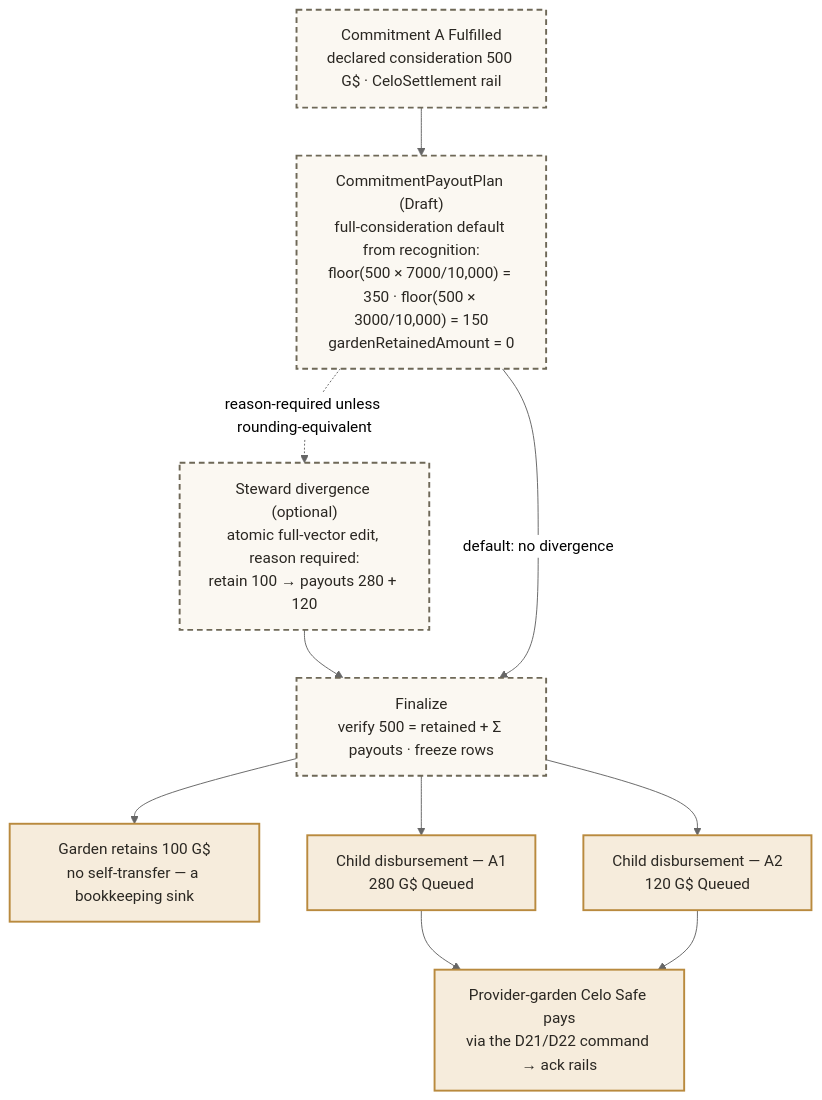
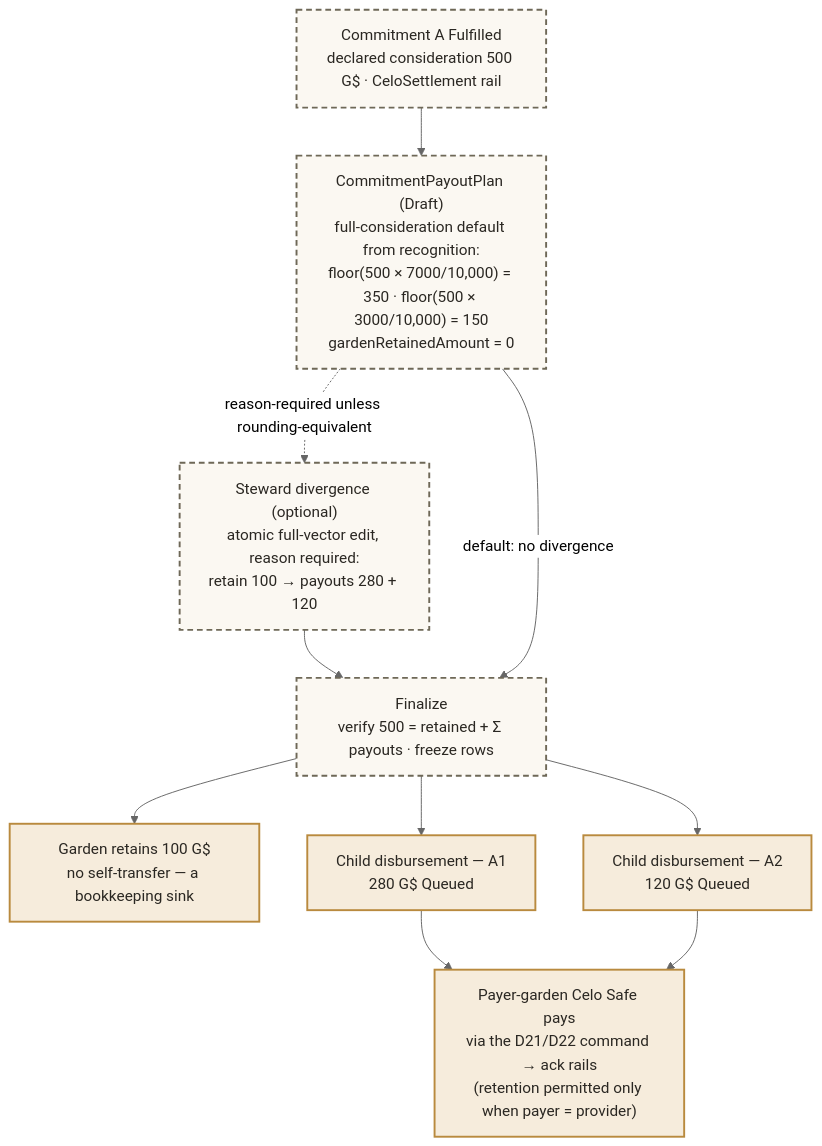
Before and after one commit to greenpill-dev-guild/green-goods: diagram 21 of 43 in .plans/active/commitment-pooling/diagrams.md, drawn with Mermaid (neutral theme). The commit also changed other lines of this file and 6 other files, not shown here.

First line of the commit message:
docs(commitment-pooling): realign the architecture tab with the merged contracts

````diff
--- a/.plans/active/commitment-pooling/diagrams.md
+++ b/.plans/active/commitment-pooling/diagrams.md
@@ -1122,26 +1136,26 @@
 ```mermaid
 flowchart TB
   FUL["Commitment A Fulfilled<br/>declared consideration 500 G$ · CeloSettlement rail"]
   PLAN["CommitmentPayoutPlan (Draft)<br/>full-consideration default from recognition:<br/>floor(500 × 7000/10,000) = 350 · floor(500 × 3000/10,000) = 150<br/>gardenRetainedAmount = 0"]
   EDIT["Steward divergence (optional)<br/>atomic full-vector edit, reason required:<br/>retain 100 → payouts 280 + 120"]
   FIN["Finalize<br/>verify 500 = retained + Σ payouts · freeze rows"]
   KEEP["Garden retains 100 G$<br/>no self-transfer — a bookkeeping sink"]
   D1C["Child disbursement — A1<br/>280 G$ Queued"]
   D2C["Child disbursement — A2<br/>120 G$ Queued"]
-  SAFE["Provider-garden Celo Safe pays<br/>via the D21/D22 command → ack rails"]
+  SAFE["Payer-garden Celo Safe pays<br/>via the D21/D22 command → ack rails<br/>(retention permitted only when payer = provider)"]
 
   FUL --> PLAN
   PLAN -.->|"reason-required unless rounding-equivalent"| EDIT
   EDIT --> FIN
   PLAN -->|"default: no divergence"| FIN
   FIN --> KEEP
   FIN --> D1C
   FIN --> D2C
   D1C --> SAFE
   D2C --> SAFE
 
   classDef planned fill:#fbf8f2,stroke:#6e6857,stroke-width:2px,stroke-dasharray:6 4,color:#2a2722
   classDef value fill:#f6ecdc,stroke:#b98a3e,stroke-width:2px,color:#2a2722
   class FUL,PLAN,EDIT,FIN planned
   class KEEP,D1C,D2C,SAFE value
 ```
````
